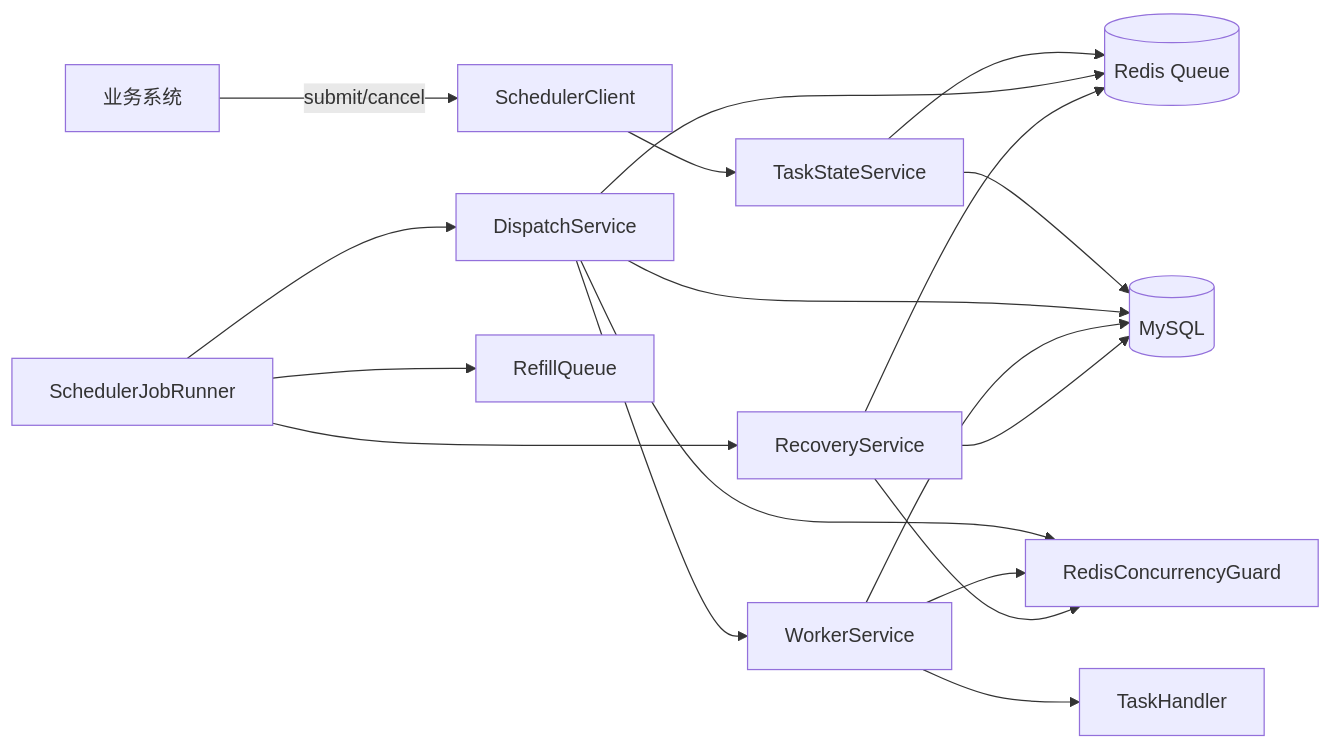
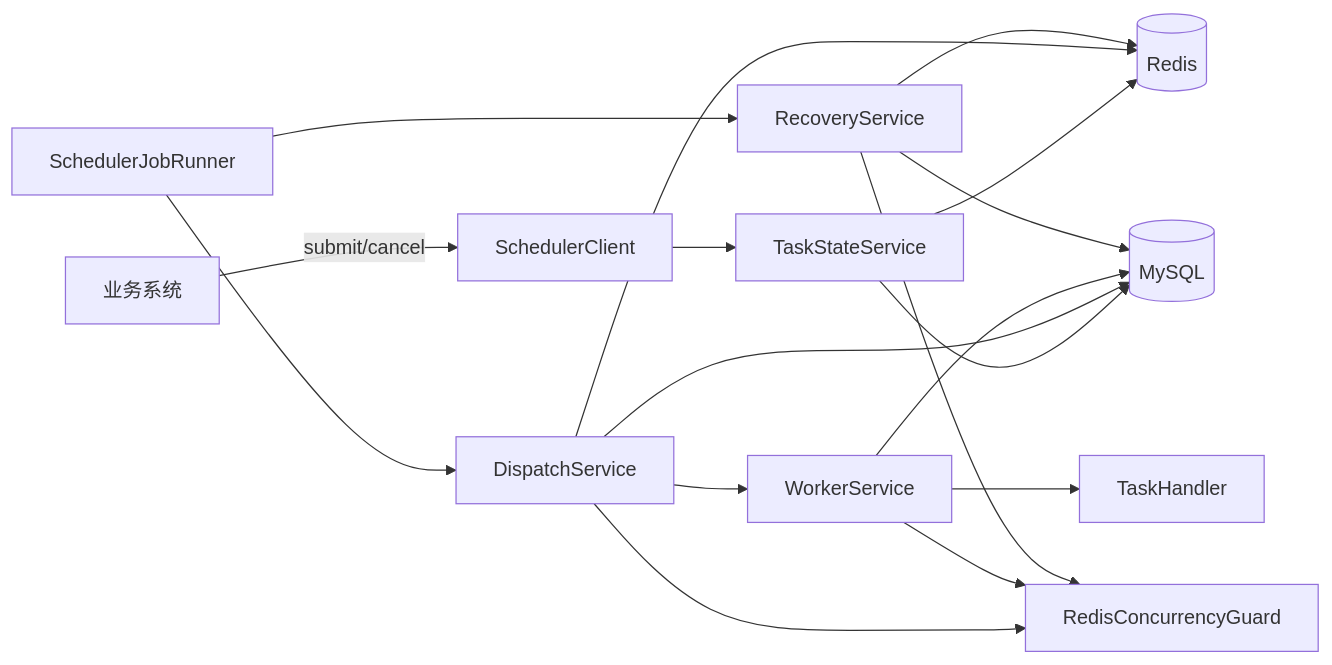
The first of 2 diagrams in docs/技术方案设计.md (shuaidongshuai/user-task-scheduler), drawn with Mermaid before and after one commit. The commit also changed other lines of this file and 30 other files, not shown here.

````diff
--- a/docs/技术方案设计.md
+++ b/docs/技术方案设计.md
@@ -27,25 +35,24 @@
 ```mermaid
 flowchart LR
     BIZ[业务系统] -->|submit/cancel| CLIENT[SchedulerClient]
     CLIENT --> STATE[TaskStateService]
 
     STATE --> DB[(MySQL)]
-    STATE --> RQ[(Redis Queue)]
+    STATE --> REDIS[(Redis)]
 
     JOB[SchedulerJobRunner] --> DISPATCH[DispatchService]
     JOB --> RECOVERY[RecoveryService]
-    JOB --> REFILL[RefillQueue]
 
-    DISPATCH --> RQ
+    DISPATCH --> REDIS
+    DISPATCH --> DB
     DISPATCH --> GUARD[RedisConcurrencyGuard]
-    DISPATCH --> DB
     DISPATCH --> WORKER[WorkerService]
 
     WORKER --> HANDLER[TaskHandler]
     WORKER --> DB
     WORKER --> GUARD
 
     RECOVERY --> DB
-    RECOVERY --> RQ
+    RECOVERY --> REDIS
     RECOVERY --> GUARD
 ```
````
